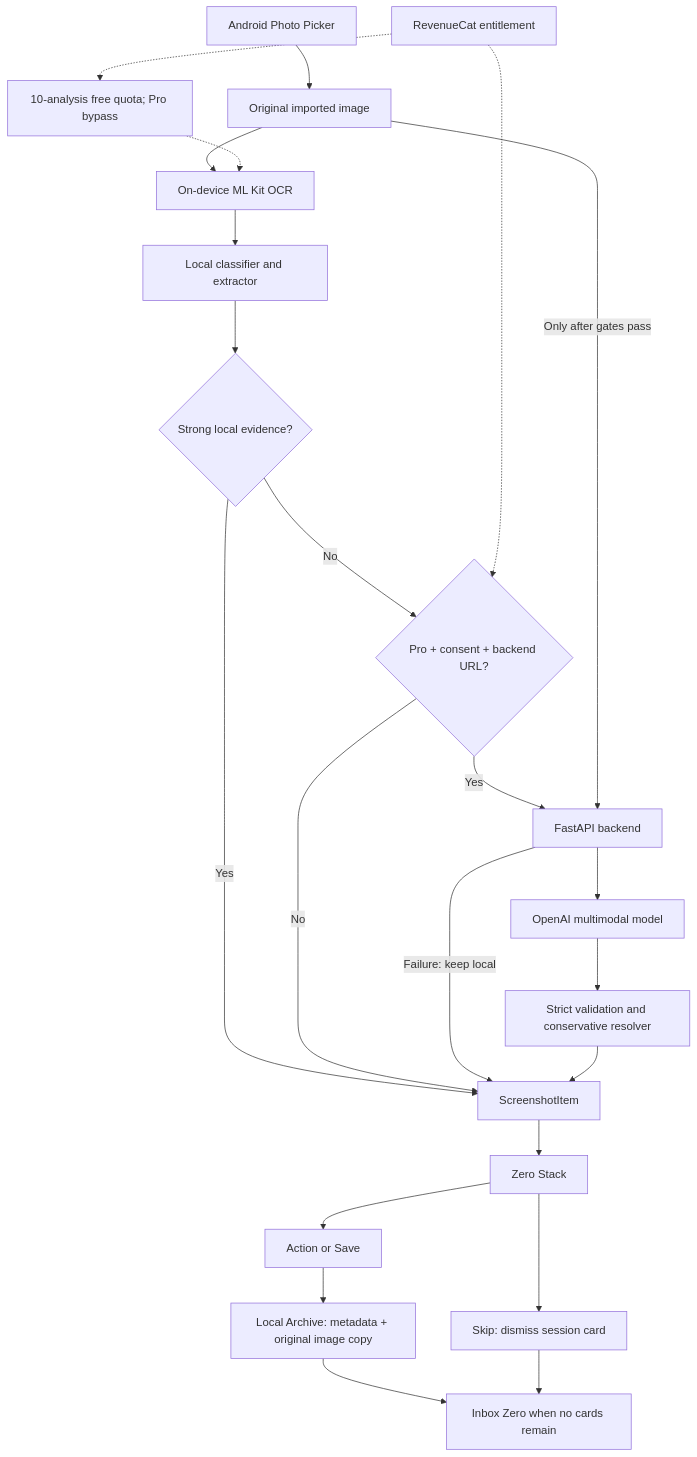
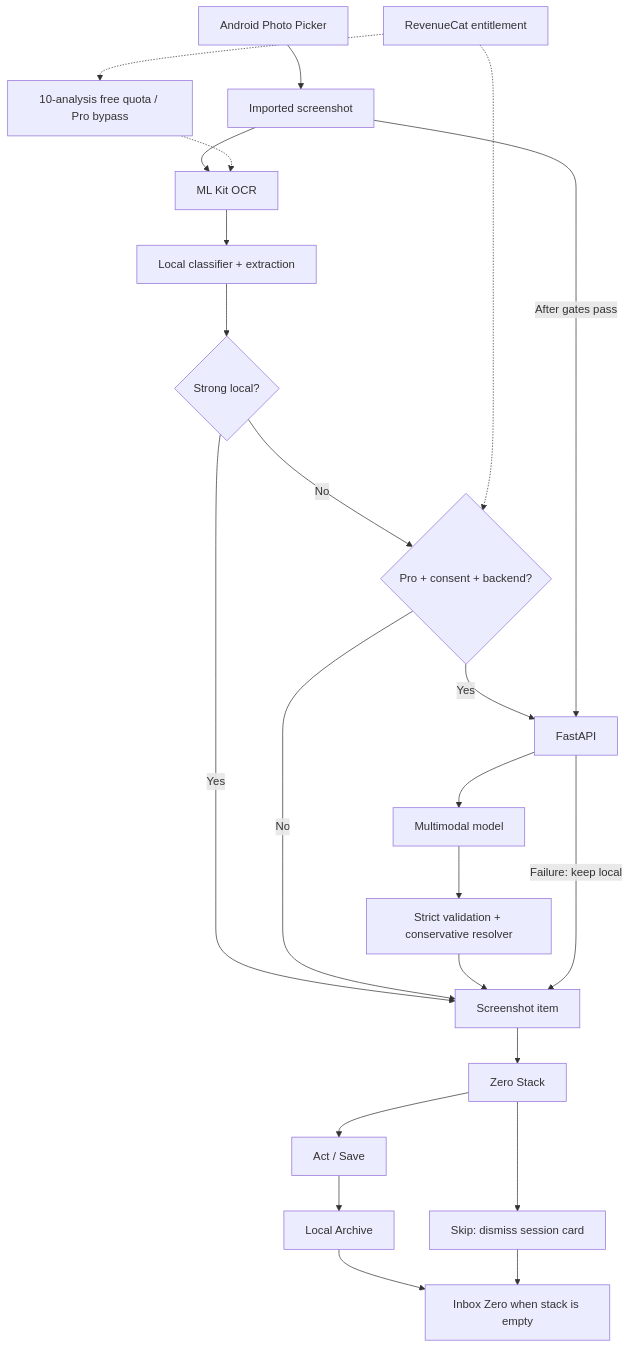
One commit to mustafadev123/screenshot-zero changed the diagram in README.md. Above: the diagram before and after it, drawn with Mermaid. The commit also changed other lines of this file, not shown here.

````diff
--- a/README.md
+++ b/README.md
@@ -65,25 +160,25 @@
 ```mermaid
 flowchart TD
-  Picker[Android Photo Picker] --> Image[Original imported image]
-  Image --> OCR[On-device ML Kit OCR]
-  OCR --> Local[Local classifier and extractor]
-  Local --> Gate{Strong local evidence?}
-  Gate -->|Yes| Item[ScreenshotItem]
-  Gate -->|No| Consent{Pro + consent + backend URL?}
-  Consent -->|No| Item
-  Consent -->|Yes| Backend[FastAPI backend]
-  Image -->|Only after gates pass| Backend
-  Backend --> Model[OpenAI multimodal model]
-  Model --> Resolver[Strict validation and conservative resolver]
-  Backend -->|Failure: keep local| Item
-  Resolver --> Item
-  Item --> Stack[Zero Stack]
-  Stack --> Action[Action or Save]
-  Stack --> Skip[Skip: dismiss session card]
-  Action --> Archive[Local Archive: metadata + original image copy]
-  Archive --> Zero[Inbox Zero when no cards remain]
+  Picker["Android Photo Picker"] --> Image["Imported screenshot"]
+  Image --> OCR["ML Kit OCR"]
+  OCR --> Local["Local classifier + extraction"]
+  Local --> Strong{"Strong local?"}
+  Strong -->|Yes| Item["Screenshot item"]
+  Strong -->|No| Gate{"Pro + consent + backend?"}
+  Gate -->|No| Item
+  Gate -->|Yes| API["FastAPI"]
+  Image -->|After gates pass| API
+  API --> Model["Multimodal model"]
+  Model --> Resolve["Strict validation + conservative resolver"]
+  Resolve --> Item
+  API -->|Failure: keep local| Item
+  Item --> Stack["Zero Stack"]
+  Stack --> Keep["Act / Save"]
+  Stack --> Skip["Skip: dismiss session card"]
+  Keep --> Archive["Local Archive"]
+  Archive --> Zero["Inbox Zero when stack is empty"]
   Skip --> Zero
-  RC[RevenueCat entitlement] -.-> Consent
-  RC -.-> Quota[10-analysis free quota; Pro bypass]
+  RC["RevenueCat entitlement"] -.-> Gate
+  RC -.-> Quota["10-analysis free quota / Pro bypass"]
   Quota -.-> OCR
 ```
````
